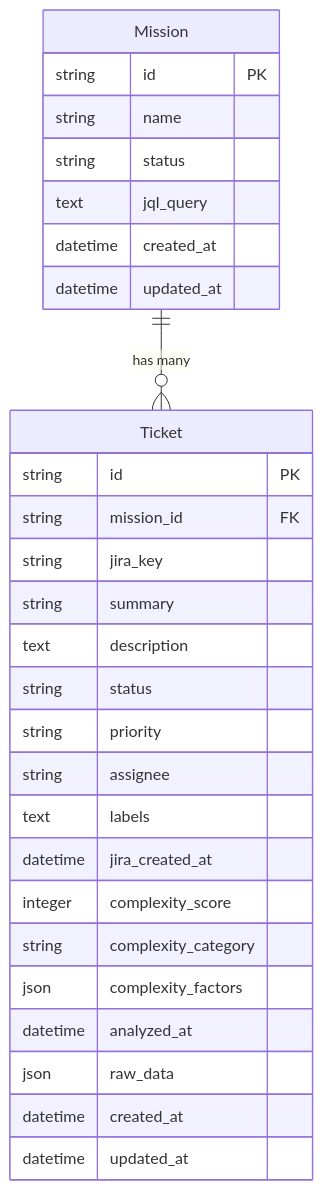
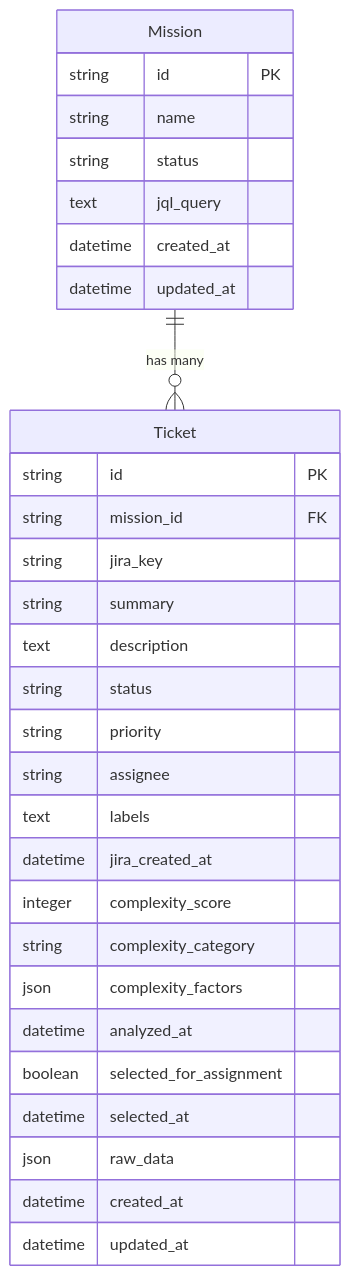
One commit to vmakoed/devinator changed the diagram in doc/entity_model.md. Above: the diagram before and after it, drawn with Mermaid. The commit also changed other lines of this file and 14 other files, not shown here.

````diff
--- a/doc/entity_model.md
+++ b/doc/entity_model.md
@@ -44,33 +46,35 @@
 ```mermaid
 erDiagram
     Mission ||--o{ Ticket : "has many"
 
     Mission {
         string id PK
         string name
         string status
         text jql_query
         datetime created_at
         datetime updated_at
     }
 
     Ticket {
         string id PK
         string mission_id FK
         string jira_key
         string summary
         text description
         string status
         string priority
         string assignee
         text labels
         datetime jira_created_at
         integer complexity_score
         string complexity_category
         json complexity_factors
         datetime analyzed_at
+        boolean selected_for_assignment
+        datetime selected_at
         json raw_data
         datetime created_at
         datetime updated_at
     }
 ```
````
